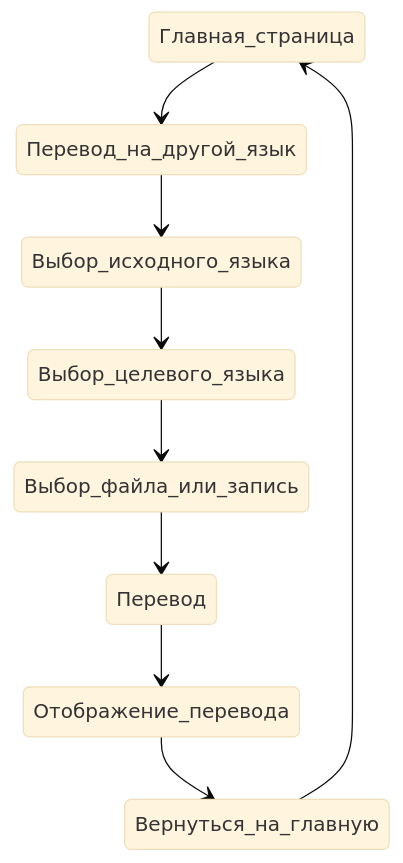
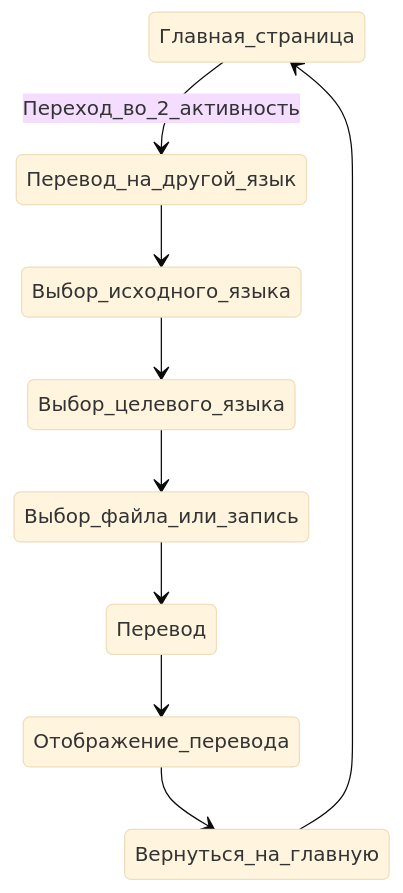
One commit to Retnug228/Lab3Orpo changed the second of 6 diagrams in docs/behavior.md. Above: the diagram before and after it, drawn with Mermaid (base theme). The commit also changed other lines of this file, not shown here.

````diff
--- a/docs/behavior.md
+++ b/docs/behavior.md
@@ -32,11 +32,11 @@
 ```mermaid
 stateDiagram
-    Главная_страница --> Перевод_на_другой_язык
+    Главная_страница --> Перевод_на_другой_язык: Переход_во_2_активность
     Перевод_на_другой_язык --> Выбор_исходного_языка
     Выбор_исходного_языка --> Выбор_целевого_языка
     Выбор_целевого_языка --> Выбор_файла_или_запись
     Выбор_файла_или_запись --> Перевод
     Перевод --> Отображение_перевода
     Отображение_перевода --> Вернуться_на_главную
     Вернуться_на_главную --> Главная_страница
 ```
````
